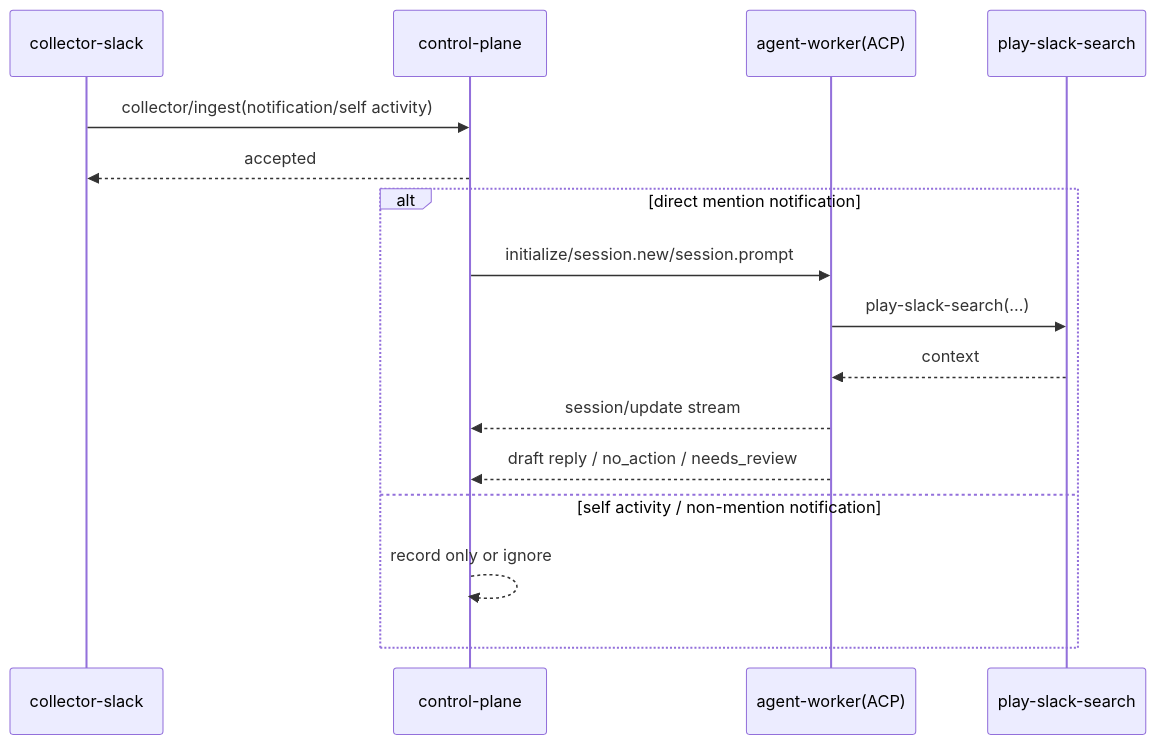
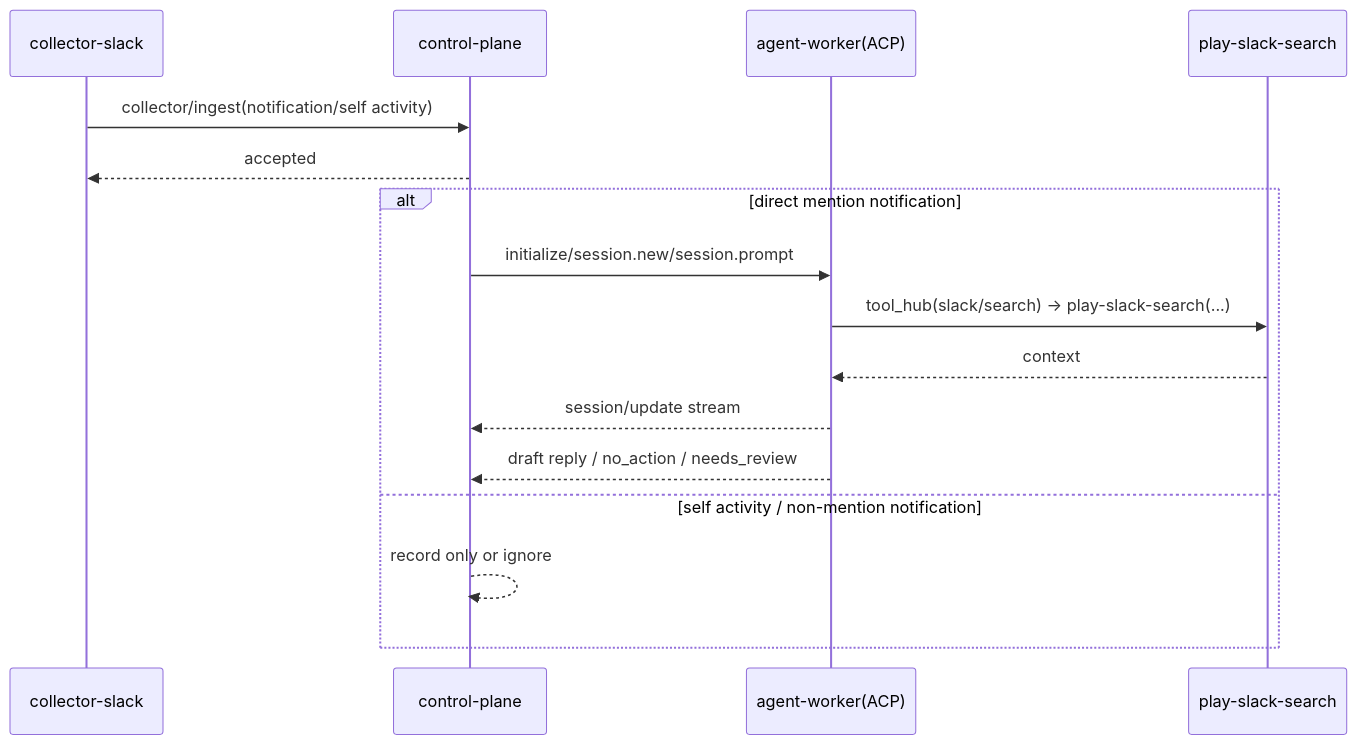
One commit to masahide/adjutant changed the third of 4 diagrams in doc/spec.md. Above: the diagram before and after it, drawn with Mermaid. The commit also changed other lines of this file and 39 other files, not shown here.

Commit message:
feat: restore full sandbox tools and tool hub

````diff
--- a/doc/spec.md
+++ b/doc/spec.md
@@ -614,19 +622,19 @@
 ```mermaid
 sequenceDiagram
   participant C as collector-slack
   participant CP as control-plane
   participant AW as agent-worker(ACP)
   participant T as play-slack-search
 
   C->>CP: collector/ingest(notification/self activity)
   CP-->>C: accepted
   alt direct mention notification
     CP->>AW: initialize/session.new/session.prompt
-    AW->>T: play-slack-search(...)
+    AW->>T: tool_hub(slack/search) -> play-slack-search(...)
     T-->>AW: context
     AW-->>CP: session/update stream
     AW-->>CP: draft reply / no_action / needs_review
   else self activity / non-mention notification
     CP-->>CP: record only or ignore
   end
 ```
````
